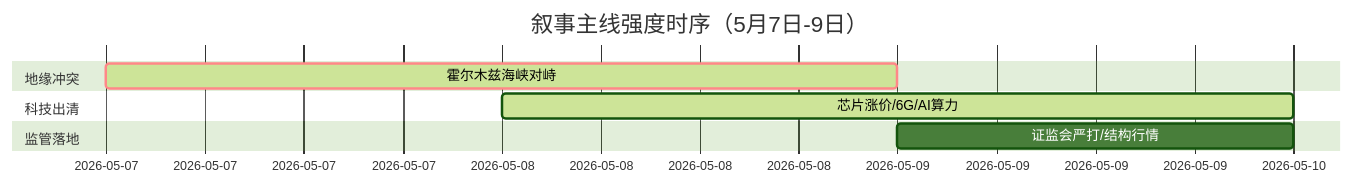
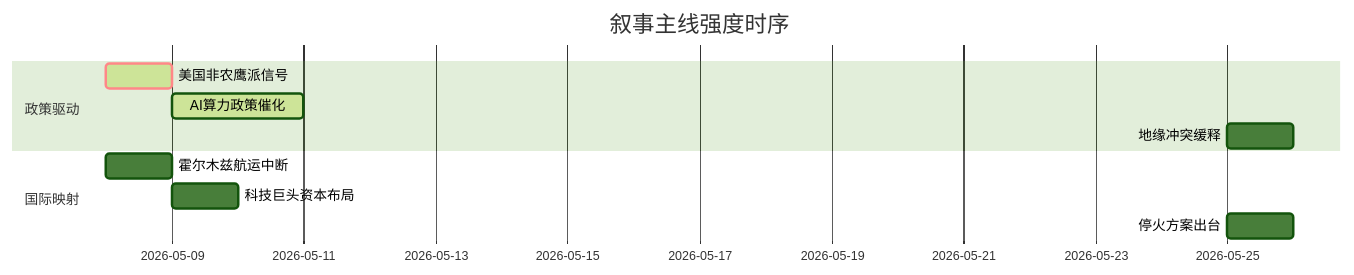
The diagram in 5day_report.md (uu5zn/uu5zn.github.io), drawn with Mermaid (forest theme) before and after one commit. The commit also changed other lines of this file and 18 other files, not shown here.

````diff
--- a/5day_report.md
+++ b/5day_report.md
@@ -64,11 +64,14 @@
 ```mermaid
 gantt
-    title 叙事主线强度时序（5月7日‑9日）
+    title 叙事主线强度时序
     dateFormat  YYYY-MM-DD
-    section 地缘冲突
-    霍尔木兹海峡对峙   :crit, active, 2026-05-07, 2d
-    section 科技出清
-    芯片涨价/6G/AI算力 :active, 2026-05-08, 2d
-    section 监管落地
-    证监会严打/结构行情 :2026-05-09, 1d
+    section 政策驱动
+    美国非农鹰派信号   :crit, active, 2026-05-08, 1d
+    AI算力政策催化     :active, 2026-05-09, 2d
+    地缘冲突缓释       :2026-05-25, 1d
+
+    section 国际映射
+    霍尔木兹航运中断   :2026-05-08, 1d
+    科技巨头资本布局   :2026-05-09, 1d
+    停火方案出台       :2026-05-25, 1d
 ```
````
